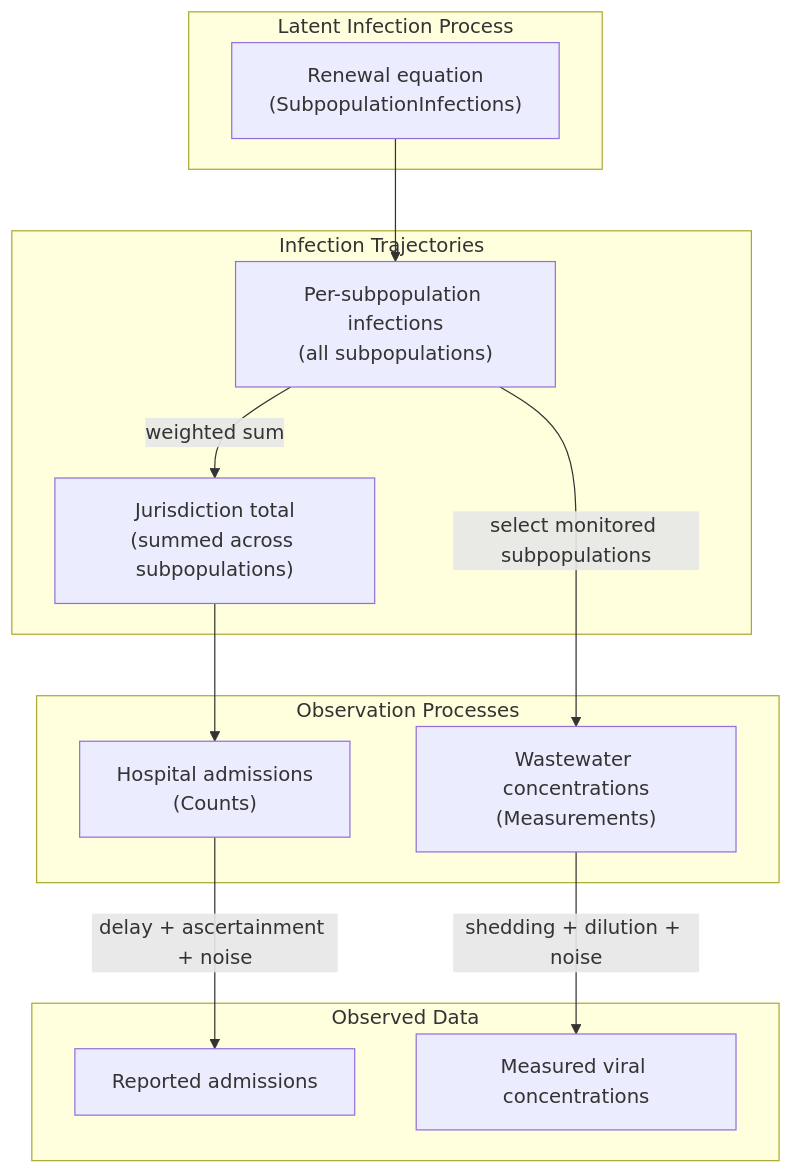
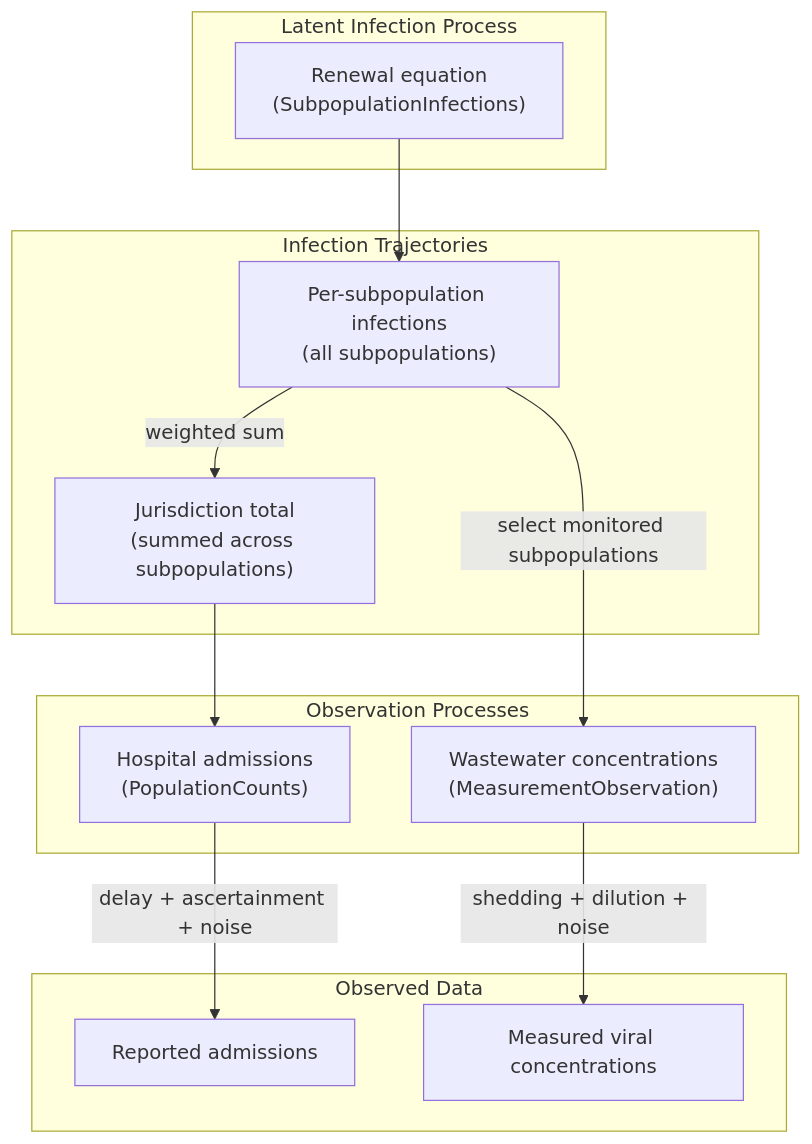
The diagram in docs/tutorials/building_multisignal_models.qmd (CDCgov/PyRenew), drawn with Mermaid before and after one commit. The commit also changed other lines of this file and 17 other files, not shown here.

````diff
--- a/docs/tutorials/building_multisignal_models.qmd
+++ b/docs/tutorials/building_multisignal_models.qmd
@@ -132,29 +132,29 @@
 ```mermaid
 flowchart TB
 
     subgraph Latent["Latent Infection Process"]
         L["Renewal equation<br/>(SubpopulationInfections)"]
     end
 
     subgraph Infections["Infection Trajectories"]
         J["Jurisdiction total<br/>(summed across subpopulations)"]
         S["Per-subpopulation infections<br/>(all subpopulations)"]
     end
 
     subgraph Obs["Observation Processes"]
-        C["Hospital admissions<br/>(Counts)"]
-        W["Wastewater concentrations<br/>(Measurements)"]
+        C["Hospital admissions<br/>(PopulationCounts)"]
+        W["Wastewater concentrations<br/>(MeasurementObservation)"]
     end
 
     subgraph Data["Observed Data"]
         HA["Reported admissions"]
         WW["Measured viral concentrations"]
     end
 
     L --> S
     S -->|"weighted sum"| J
     J --> C
     S -->|"select monitored subpopulations"| W
     C -->|"delay + ascertainment + noise"| HA
     W -->|"shedding + dilution + noise"| WW
 ```
````
